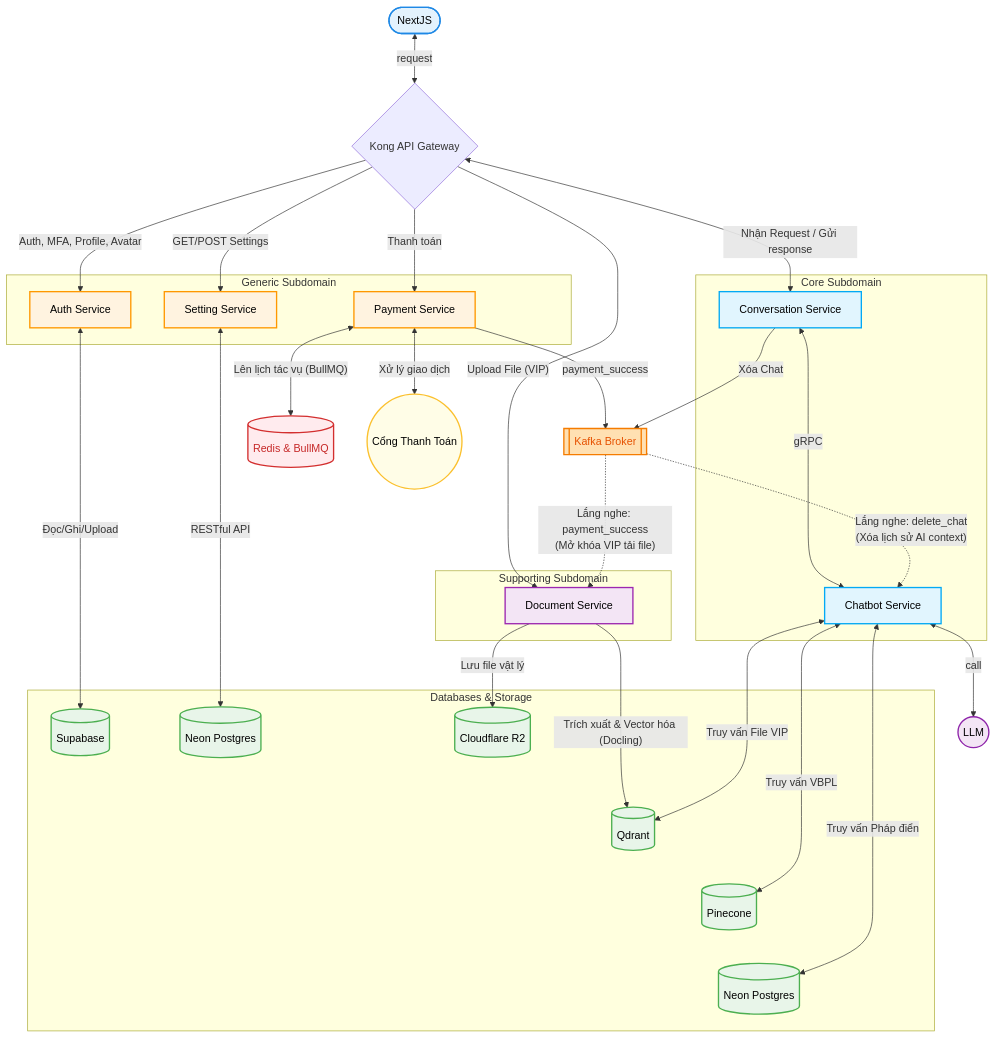
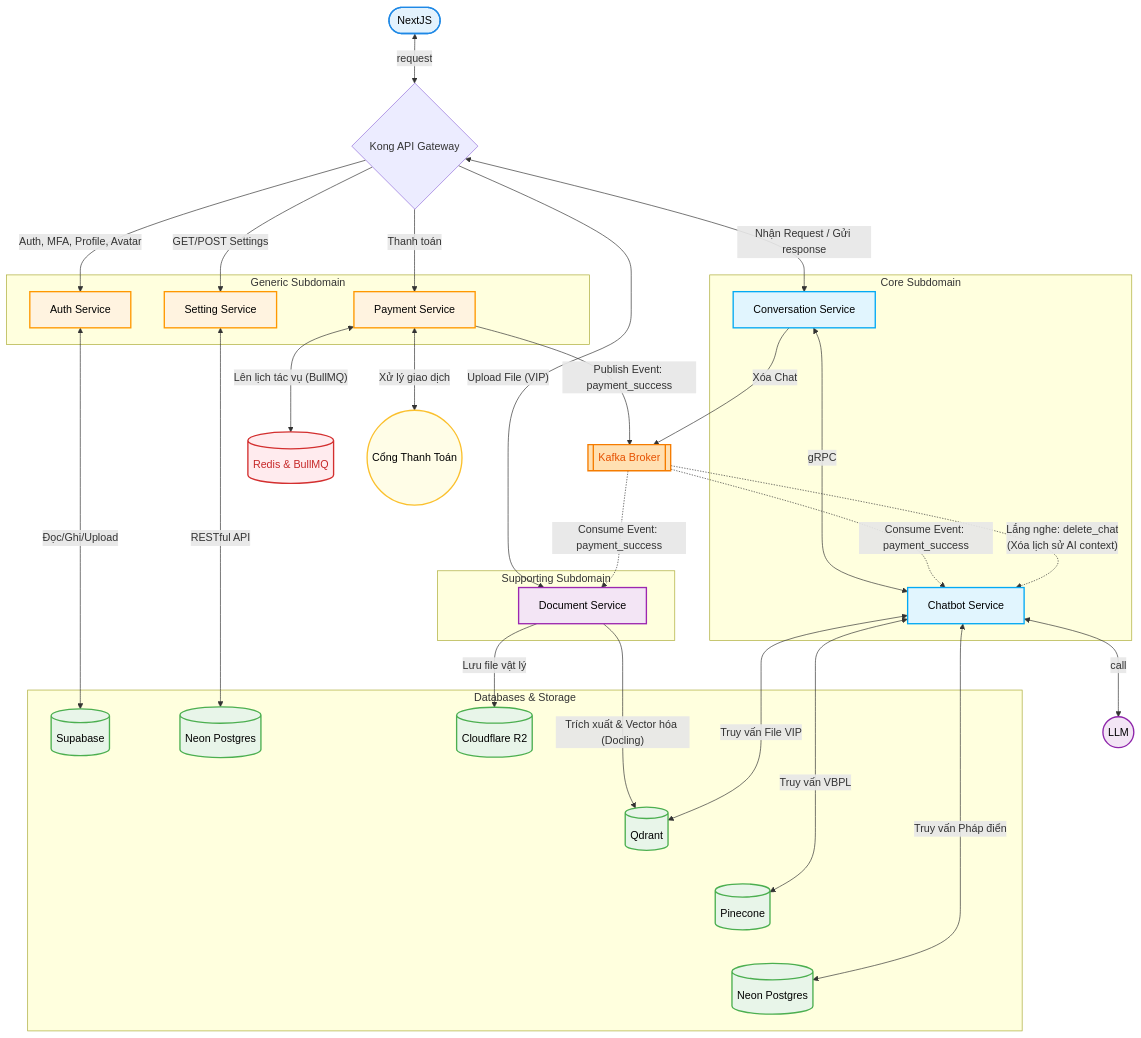
One commit to 20206205Tech/docs-markdown changed the diagram in docs/2. Công nghệ sử dụng/3.3. Chi tiết về các dịch vụ/0.mmd. Above: the diagram before and after it, drawn with Mermaid. The commit also changed 1 other file, not shown here.

Commit message:
|"Consume Event: payment_success"|

```diff
--- a/docs/2. Công nghệ sử dụng/3.3. Chi tiết về các dịch vụ/0.mmd
+++ b/docs/2. Công nghệ sử dụng/3.3. Chi tiết về các dịch vụ/0.mmd
@@ -1,90 +1,91 @@
 flowchart TD
     Client(["NextJS"])
     Gateway{"Kong API Gateway"}
     Client <-->|"request"| Gateway
 
     %% Nhóm Database & Storage
     subgraph Databases [Databases & Storage]
         SupabaseDB[("Supabase")]
         NeonDB_Setting[("Neon Postgres")]
         Pinecone[("Pinecone")]
         Qdrant[("Qdrant")]
         NeonDB_Phapdien[("Neon Postgres")]
         R2[("Cloudflare R2")]
 
         %% Dùng liên kết vô hình để ép thứ tự từ trái sang phải
         R2 ~~~ Qdrant ~~~ Pinecone ~~~ NeonDB_Phapdien
     end
 
     %% Nhóm Message Broker & Cache
         Kafka[["Kafka Broker"]]
         Redis[("Redis & BullMQ")]
 
     subgraph CoreDomain [Core Subdomain]
         ConvService["Conversation Service"]
         ChatbotService["Chatbot Service"]
     end
 
     subgraph SupportDomain [Supporting Subdomain]
         DocService["Document Service"]
     end
 
     subgraph GenericDomain [Generic Subdomain]
         AuthService["Auth Service"]
         SettingService["Setting Service"]
         PaymentSvc["Payment Service"]
     end
 
     %% External Systems
     LLM(("LLM"))
     Payment(("Cổng Thanh Toán"))
 
     Gateway -->|"Auth, MFA, Profile, Avatar"| AuthService
     Gateway -->|"GET/POST Settings"| SettingService
     Gateway -->|"Thanh toán"| PaymentSvc
     Gateway -->|"Upload File (VIP)"| DocService
     Gateway <-->|"Nhận Request / Gửi response"| ConvService
 
     %% Service to Database/Storage
     AuthService <-->|"Đọc/Ghi/Upload"| SupabaseDB
     SettingService <-->|"RESTful API"| NeonDB_Setting
 
     %% Payment Luồng
     PaymentSvc <-->|"Xử lý giao dịch"| Payment
-    PaymentSvc -->|"payment_success"| Kafka
+    PaymentSvc -->|"Publish Event: payment_success"| Kafka
     PaymentSvc <-->|"Lên lịch tác vụ (BullMQ)"| Redis
 
     %% Document Processing Luồng
     DocService -->|"Lưu file vật lý"| R2
     DocService -->|"Trích xuất & Vector hóa (Docling)"| Qdrant
 
     %% Conversation & Chatbot Luồng (Quan trọng)
     ConvService <-->|"gRPC"| ChatbotService
     ConvService -->|"Xóa Chat"| Kafka
 
     ChatbotService <-->|"Truy vấn VBPL"| Pinecone
     ChatbotService <-->|"Truy vấn Pháp điển"| NeonDB_Phapdien
     ChatbotService <-->|"Truy vấn File VIP"| Qdrant
     ChatbotService <-->|"call"| LLM
 
     %% --- LUỒNG CONSUMER NHẬN EVENT TỪ KAFKA ---
-    Kafka -.->|"Lắng nghe: payment_success\n(Mở khóa VIP tải file)"| DocService
+    Kafka -.->|"Consume Event: payment_success"| DocService
+    Kafka -.->|"Consume Event: payment_success"| ChatbotService
     Kafka -.->|"Lắng nghe: delete_chat\n(Xóa lịch sử AI context)"| ChatbotService
 
     %% Style Định dạng màu sắc chung
     classDef core fill:#e1f5fe,stroke:#03a9f4,stroke-width:2px,color:#000
     classDef support fill:#f3e5f5,stroke:#9c27b0,stroke-width:2px,color:#000
     classDef generic fill:#fff3e0,stroke:#ff9800,stroke-width:2px,color:#000
     classDef db fill:#e8f5e9,stroke:#4caf50,stroke-width:2px,color:#000
 
     class ConvService,ChatbotService core
     class DocService support
     class AuthService,SettingService,PaymentSvc generic
     class SupabaseDB,NeonDB_Setting,NeonDB_Phapdien,Pinecone,Qdrant,R2 db
 
     %% --- TÔ MÀU ĐỘC LẬP THEO YÊU CẦU ---
     style Redis fill:#ffebee,stroke:#d32f2f,stroke-width:2px,color:#c62828
     style Kafka fill:#ffe0b2,stroke:#f57c00,stroke-width:2px,color:#e65100
     style Payment fill:#fffde7,stroke:#fbc02d,stroke-width:2px,color:#000
     style Client fill:#e3f2fd,stroke:#1e88e5,stroke-width:2px,color:#000
     style LLM fill:#f3e5f5,stroke:#8e24aa,stroke-width:2px,color:#000
```
